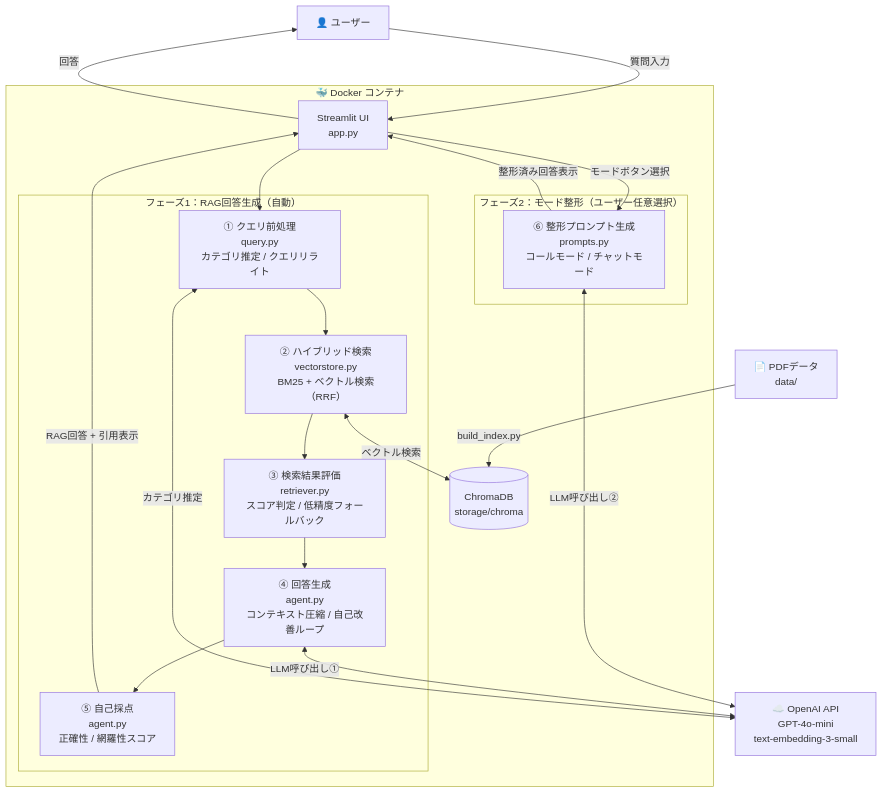
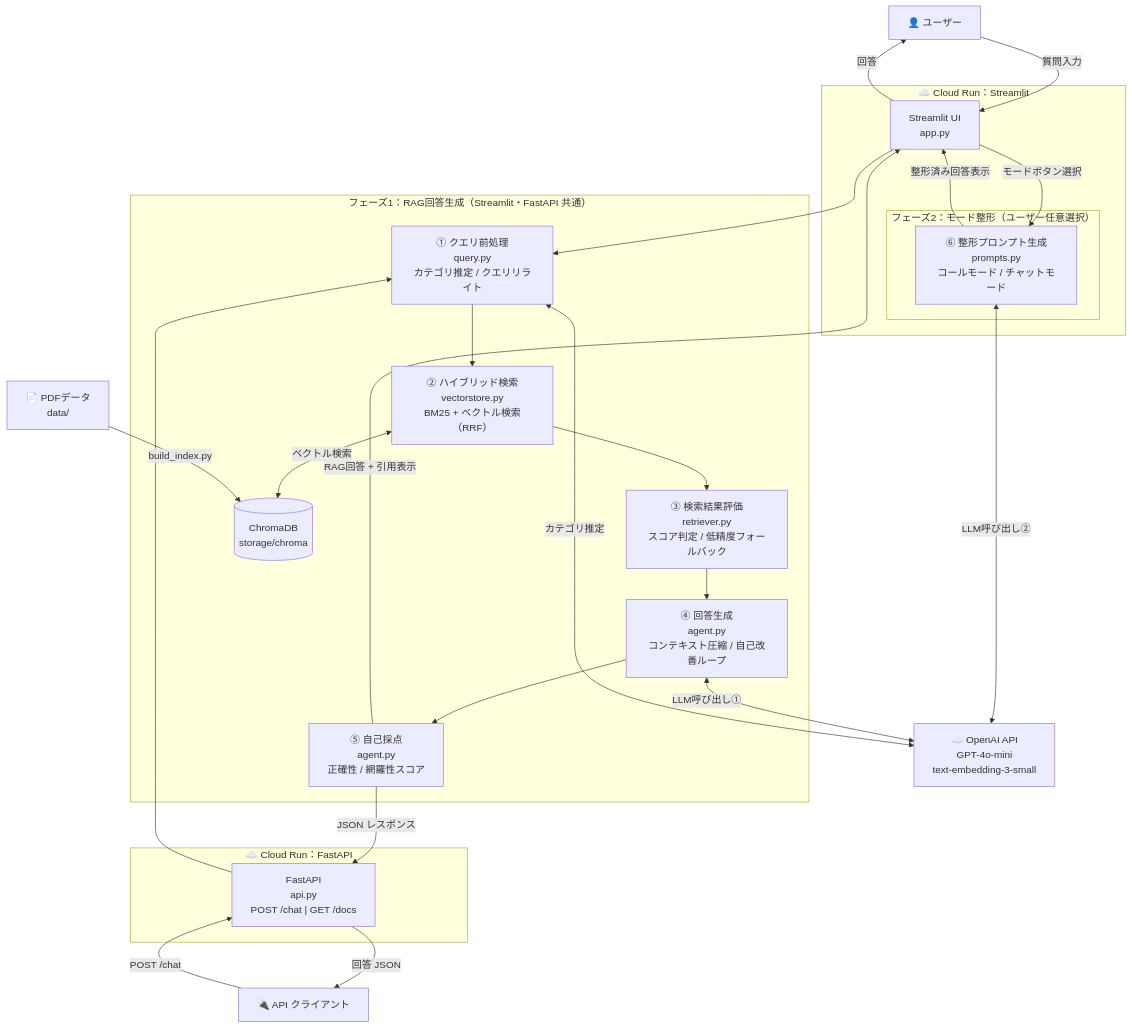
The diagram in README.md (biguver-cloud/rag-customer-support-agent), drawn with Mermaid before and after one commit.

Commit message:
README：アーキテクチャ図にFastAPIを追加
- Cloud Run（Streamlit）と Cloud Run（FastAPI）を2サービスとして図示
- Phase1（RAG回答生成）は両サービスの共通パイプラインとして表現
- Phase2（モード整形）はStreamlitのみに限定
- APIクライアント → FastAPI → JSON レスポンスのフローを追加

````diff
--- a/README.md
+++ b/README.md
@@ -140,42 +140,53 @@
 ```mermaid
 graph TD
     User["👤 ユーザー"]
+    APIClient["🔌 API クライアント"]
 
-    subgraph Docker["🐳 Docker コンテナ"]
+    subgraph CR1["☁️ Cloud Run：Streamlit"]
         UI["Streamlit UI\napp.py"]
-
-        subgraph Phase1["フェーズ1：RAG回答生成（自動）"]
-            Q["① クエリ前処理\nquery.py\nカテゴリ推定 / クエリリライト"]
-            S["② ハイブリッド検索\nvectorstore.py\nBM25 + ベクトル検索（RRF）"]
-            E["③ 検索結果評価\nretriever.py\nスコア判定 / 低精度フォールバック"]
-            A["④ 回答生成\nagent.py\nコンテキスト圧縮 / 自己改善ループ"]
-            SC["⑤ 自己採点\nagent.py\n正確性 / 網羅性スコア"]
-        end
 
         subgraph Phase2["フェーズ2：モード整形（ユーザー任意選択）"]
             P["⑥ 整形プロンプト生成\nprompts.py\nコールモード / チャットモード"]
         end
+    end
 
+    subgraph CR2["☁️ Cloud Run：FastAPI"]
+        FAPI["FastAPI\napi.py\nPOST /chat  |  GET /docs"]
+    end
+
+    subgraph Phase1["フェーズ1：RAG回答生成（Streamlit・FastAPI 共通）"]
+        Q["① クエリ前処理\nquery.py\nカテゴリ推定 / クエリリライト"]
+        S["② ハイブリッド検索\nvectorstore.py\nBM25 + ベクトル検索（RRF）"]
+        E["③ 検索結果評価\nretriever.py\nスコア判定 / 低精度フォールバック"]
+        A["④ 回答生成\nagent.py\nコンテキスト圧縮 / 自己改善ループ"]
+        SC["⑤ 自己採点\nagent.py\n正確性 / 網羅性スコア"]
         DB[("ChromaDB\nstorage/chroma")]
     end
 
     OAI["☁️ OpenAI API\nGPT-4o-mini\ntext-embedding-3-small"]
     PDF["📄 PDFデータ\ndata/"]
 
     User -->|質問入力| UI
+    APIClient -->|POST /chat| FAPI
+
     UI --> Q
+    FAPI --> Q
     Q --> S
     S <-->|ベクトル検索| DB
     S --> E
     E --> A
     A --> SC
+
     SC -->|RAG回答 + 引用表示| UI
+    SC -->|JSON レスポンス| FAPI
+
     UI -->|モードボタン選択| P
     P -->|整形済み回答表示| UI
     UI -->|回答| User
+    FAPI -->|回答 JSON| APIClient
 
     A <-->|LLM呼び出し①| OAI
     Q <-->|カテゴリ推定| OAI
     P <-->|LLM呼び出し②| OAI
     PDF -->|build_index.py| DB
 ```
````
